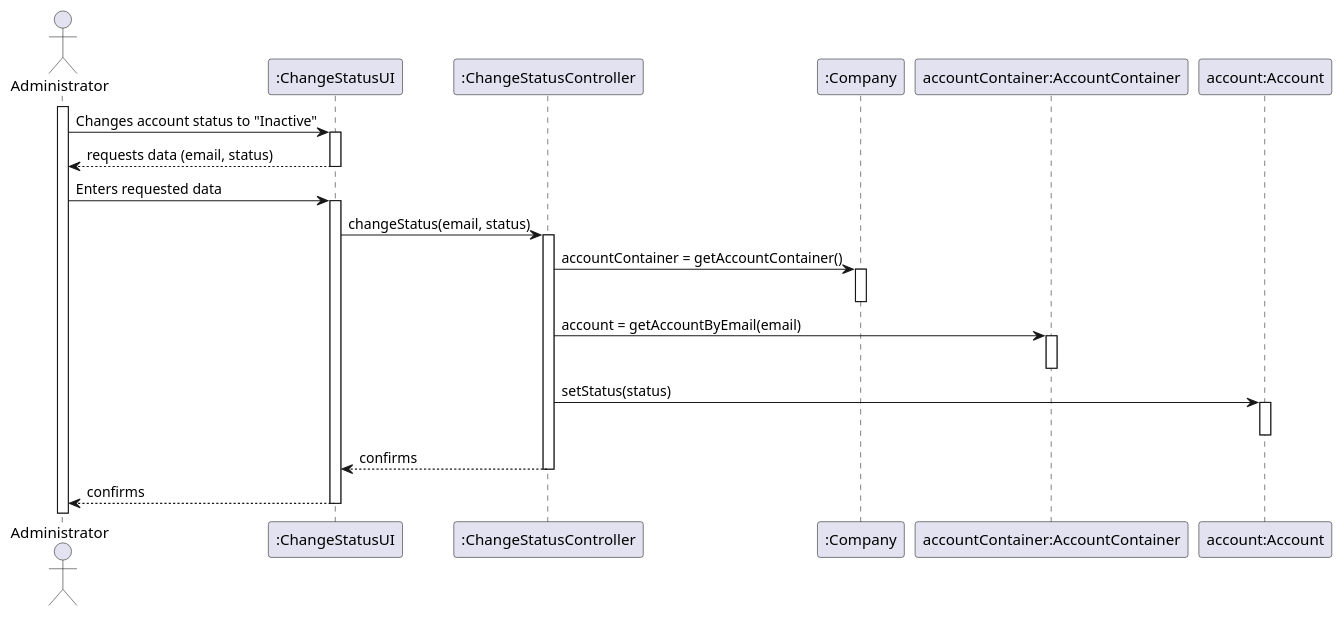
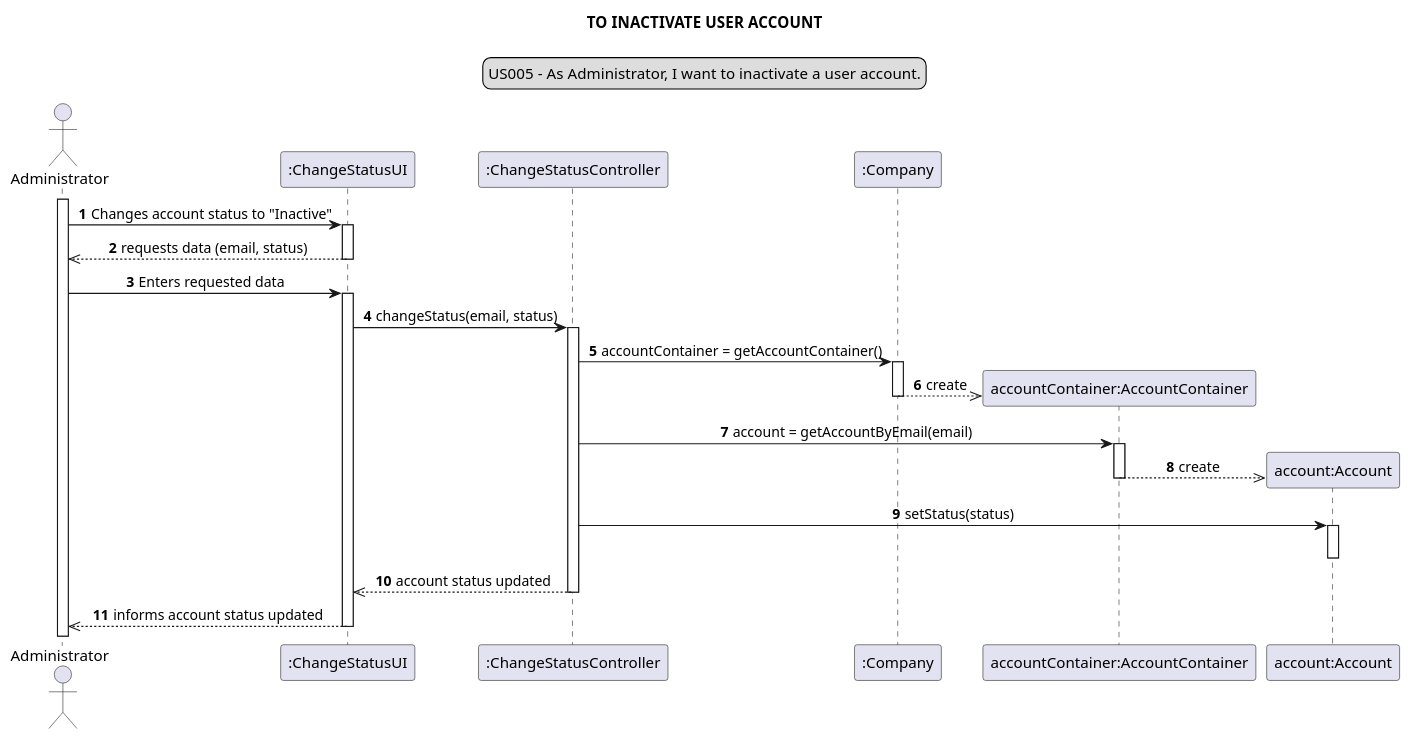
One commit to Loracline/project_switch_22-23 changed the diagram in docs/modelling_design/user_stories/us005/US005_sequenceDiagram.puml. Above: the diagram before and after it, drawn with PlantUML. The commit also changed 10 other files, not shown here.

Commit message:
US001 - US006 : Design : Updated Sequence Diagram. Refined AccountContainer.java , ChangeStatusController.java, Company.java, CompanyTest.java and ProfileContainer.java.

```diff
--- a/docs/modelling_design/user_stories/us005/US005_sequenceDiagram.puml
+++ b/docs/modelling_design/user_stories/us005/US005_sequenceDiagram.puml
@@ -1,33 +1,42 @@
 @startuml
-
+legend top
+US005 - As Administrator, I want to inactivate a user account.
+end legend
+skinparam sequenceMessageAlign center
+title TO INACTIVATE USER ACCOUNT
+autonumber
 actor "Administrator" as admin
 participant ":ChangeStatusUI" as ui
 participant ":ChangeStatusController" as controller
 participant ":Company" as company
 participant "accountContainer:AccountContainer" as container
 participant "account:Account" as account
 
 activate admin
 admin -> ui : Changes account status to "Inactive"
 activate ui
-ui --> admin: requests data (email, status)
+ui -->> admin: requests data (email, status)
 deactivate ui
 admin -> ui: Enters requested data
 activate ui
 ui -> controller: changeStatus(email, status)
 activate controller
 controller -> company: accountContainer = getAccountContainer()
 activate company
+create container
+company -->> container: create
 deactivate company
 controller -> container: account = getAccountByEmail(email)
 activate container
+create account
+container -->> account: create
 deactivate container
 controller -> account: setStatus(status)
 activate account
 deactivate account
-controller --> ui: confirms
+controller -->> ui: account status updated
 deactivate controller
-ui --> admin: confirms
+ui -->> admin: informs account status updated
 deactivate ui
 
 @enduml
```
